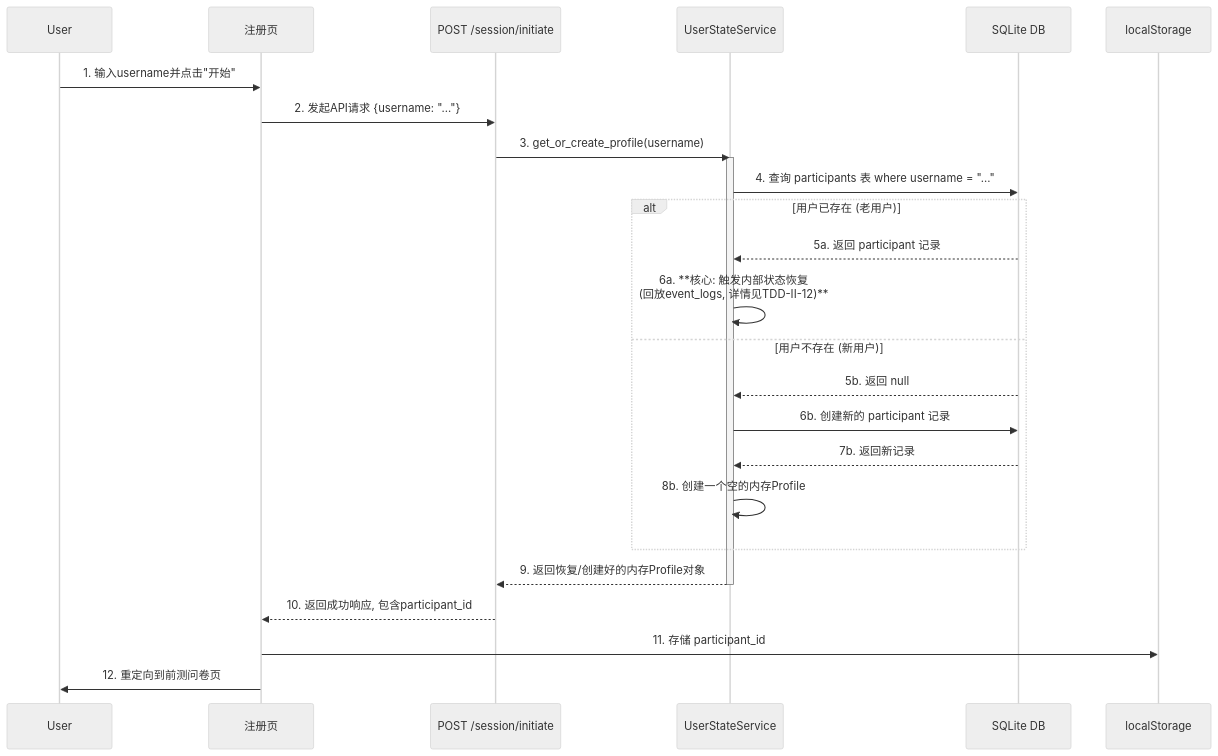
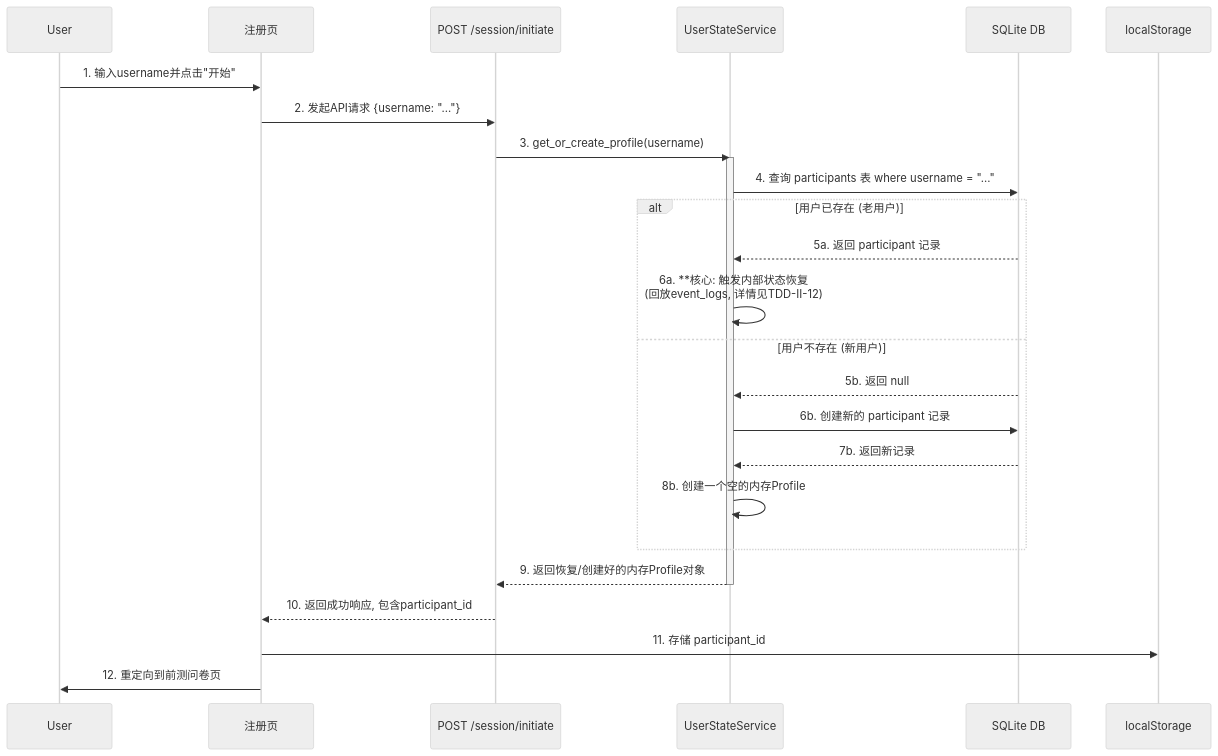
The diagram in docs/TDD/TDD-II-02-用户注册与会话启动.md (wuxintao-666/adaptive-tutor-system), drawn with Mermaid (neutral theme) before and after one commit. The commit also changed other lines of this file and 9 other files, not shown here.

````diff
--- a/docs/TDD/TDD-II-02-用户注册与会话启动.md
+++ b/docs/TDD/TDD-II-02-用户注册与会话启动.md
@@ -26,36 +28,36 @@
 ```mermaid
 sequenceDiagram
     participant User
     participant Page0 as 注册页
     participant BE as POST /session/initiate
     participant UserState as UserStateService
     participant DB as SQLite DB
     
     User->>Page0: 1. 输入username并点击"开始"
     Page0->>BE: 2. 发起API请求 {username: "..."}
     
     BE->>UserState: 3. get_or_create_profile(username)
     activate UserState
     
     UserState->>DB: 4. 查询 participants 表 where username = "..."
     
     alt 用户已存在 (老用户)
         DB-->>UserState: 5a. 返回 participant 记录
-        UserState->>UserState: 6a. **核心: 触发内部状态恢复<br> (回放event_logs, 详情见TDD-II-12)**
+        UserState->>UserState: 6a. **核心: 触发内部状态恢复<br> (回放event_logs, 详情见TDD-II-12)
     else 用户不存在 (新用户)
         DB-->>UserState: 5b. 返回 null
         UserState->>DB: 6b. 创建新的 participant 记录
         DB-->>UserState: 7b. 返回新记录
         UserState->>UserState: 8b. 创建一个空的内存Profile
     end
     
     UserState-->>BE: 9. 返回恢复/创建好的内存Profile对象
     deactivate UserState
     
     BE-->>Page0: 10. 返回成功响应, 包含participant_id
     
     Page0->>localStorage: 11. 存储 participant_id
     
     Page0->>User: 12. 重定向到前测问卷页
 
 ```
````
